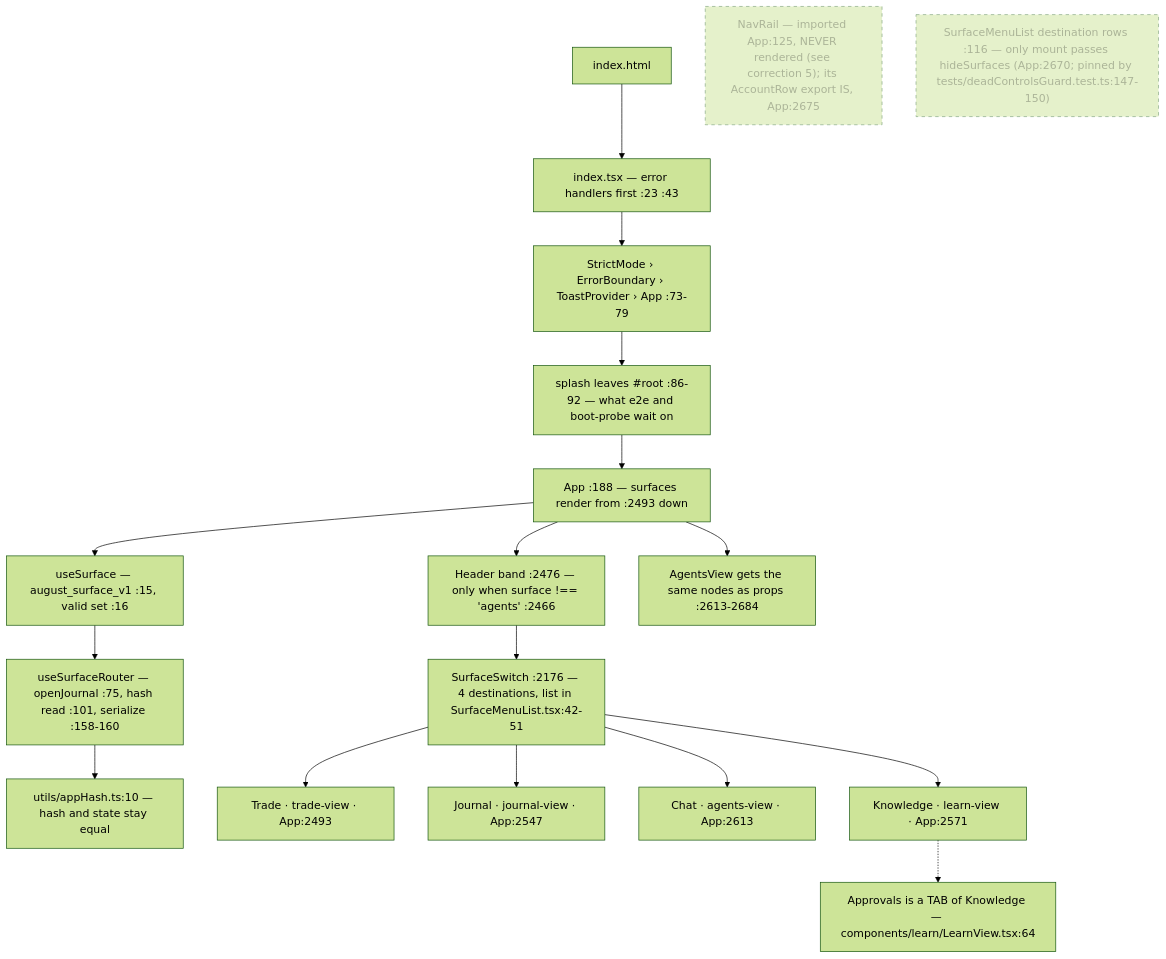
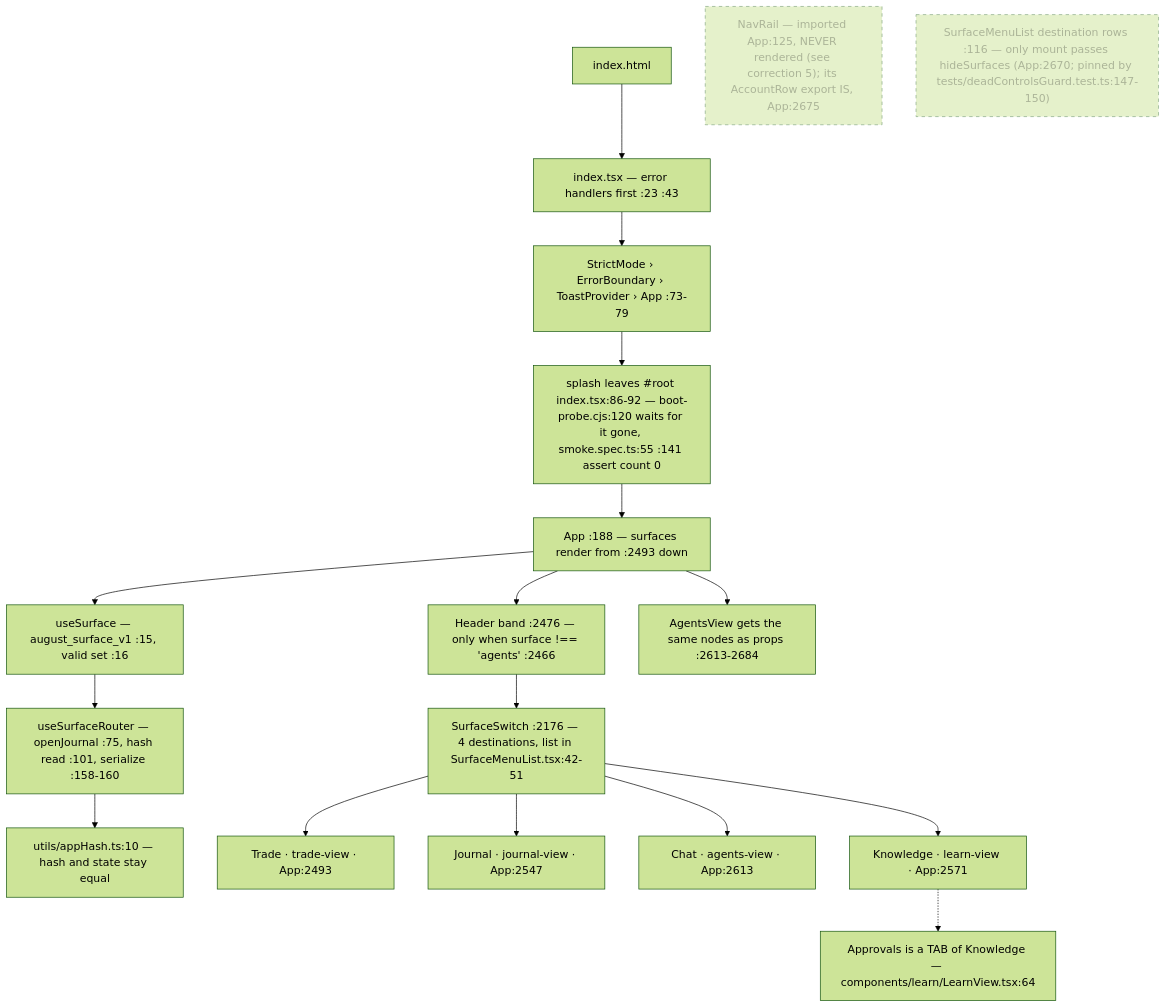
One commit to Acepay25/august-3.5 changed the first of 7 diagrams in docs/app-flow.md. Above: the diagram before and after it, drawn with Mermaid (forest theme). The commit also changed 1 other file, not shown here.

Commit message:
docs(app-flow): say HOW the boot gates use the splash node, and cite the lines
The review's own Not-verified list named this claim, so it was measured:
boot-probe.cjs:120 really does wait for the node to be gone
(waitForFunction(() => !document.querySelector('#splash'))), while the e2e
specs assert its ABSENCE with a count-0 expectation (smoke.spec.ts:55 in the
shared seed path, :141 in the first-run spec). Same premise, different
mechanics -- "wait on" described only the first. index.tsx:86-92 is
dismissSplash plus its double requestAnimationFrame, and the file's own comment
still states both gates depend on it.

Anchor re-checked: 51 anchors, 0 range/blank problems.

````diff
--- a/docs/app-flow.md
+++ b/docs/app-flow.md
@@ -21,21 +21,21 @@
 ```mermaid
 flowchart TD
     H["index.html"] --> I["index.tsx — error handlers first :23 :43"]
     I --> S["StrictMode › ErrorBoundary › ToastProvider › App :73-79"]
-    S --> SP["splash leaves #root :86-92 — what e2e and boot-probe wait on"]
+    S --> SP["splash leaves #root index.tsx:86-92 — boot-probe.cjs:120 waits for it gone, smoke.spec.ts:55 :141 assert count 0"]
     SP --> APP["App :188 — surfaces render from :2493 down"]
     APP --> US["useSurface — august_surface_v1 :15, valid set :16"]
     US --> UR["useSurfaceRouter — openJournal :75, hash read :101, serialize :158-160"]
     UR --> HASH["utils/appHash.ts:10 — hash and state stay equal"]
     APP --> HD["Header band :2476 — only when surface !== 'agents' :2466"]
     HD --> SW["SurfaceSwitch :2176 — 4 destinations, list in SurfaceMenuList.tsx:42-51"]
     APP --> AV["AgentsView gets the same nodes as props :2613-2684"]
     SW --> T["Trade · trade-view · App:2493"]
     SW --> J["Journal · journal-view · App:2547"]
     SW --> C["Chat · agents-view · App:2613"]
     SW --> K["Knowledge · learn-view · App:2571"]
     K -.-> AP["Approvals is a TAB of Knowledge — components/learn/LearnView.tsx:64"]
     NR["NavRail — imported App:125, NEVER rendered (see correction 5); its AccountRow export IS, App:2675"]:::dead
     SM["SurfaceMenuList destination rows :116 — only mount passes hideSurfaces (App:2670; pinned by tests/deadControlsGuard.test.ts:147-150)"]:::dead
     classDef dead stroke-dasharray: 5 5,opacity:.5
 ```
````
